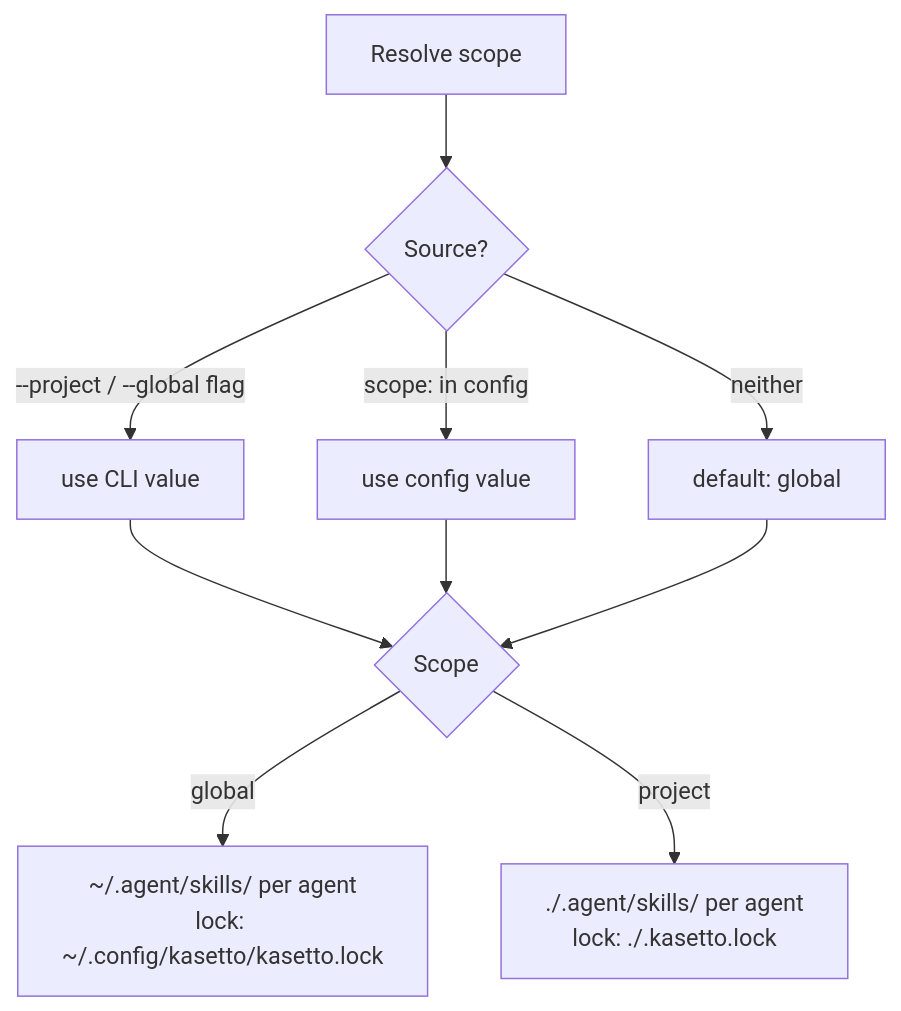
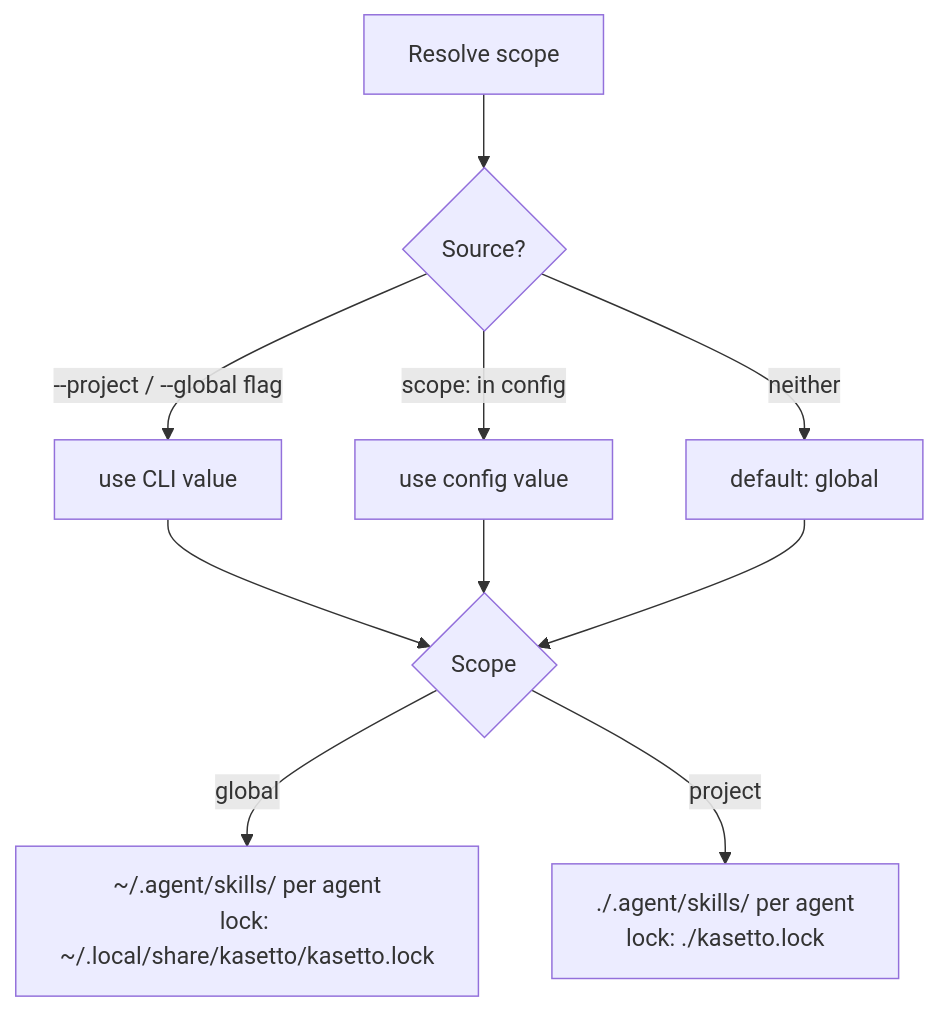
The tenth of 10 diagrams in site/content/docs/sync-flow.mdx (FlexNetOS/kasetto), drawn with Mermaid before and after one commit. The commit also changed other lines of this file and 4 other files, not shown here.

````diff
--- a/site/content/docs/sync-flow.mdx
+++ b/site/content/docs/sync-flow.mdx
@@ -213,14 +212,14 @@
 ```mermaid
 flowchart TD
     A[Resolve scope] --> B{Source?}
     B -->|--project / --global flag| C[use CLI value]
     B -->|scope: in config| D[use config value]
     B -->|neither| E[default: global]
 
     C --> F{Scope}
     D --> F
     E --> F
 
-    F -->|global| G[~/.agent/skills/ per agent\nlock: ~/.config/kasetto/kasetto.lock]
-    F -->|project| H[./.agent/skills/ per agent\nlock: ./.kasetto.lock]
+    F -->|global| G[~/.agent/skills/ per agent\nlock: ~/.local/share/kasetto/kasetto.lock]
+    F -->|project| H[./.agent/skills/ per agent\nlock: ./kasetto.lock]
 ```
````
